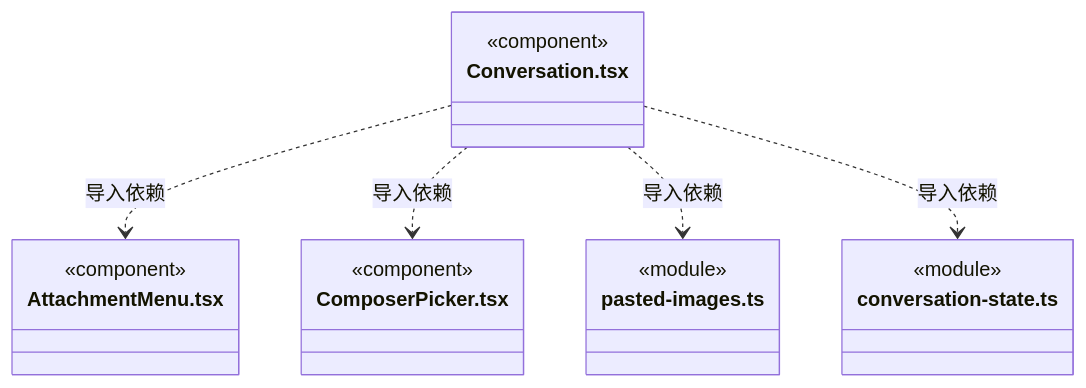
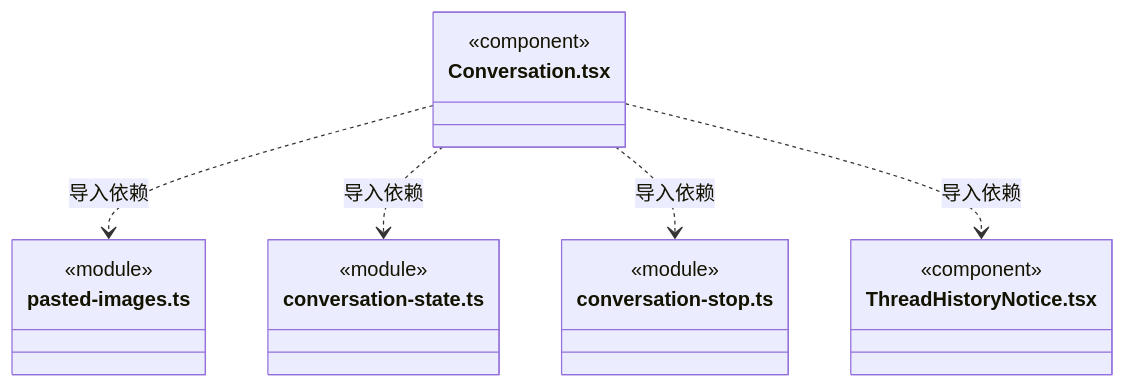
Before and after one commit to nan023062/cbim: diagram 45 of 51 in src/view/conversation/ARCHITECTURE.md, drawn with Mermaid. The commit also changed other lines of this file and 87 other files, not shown here.

````diff
--- a/src/view/conversation/ARCHITECTURE.md
+++ b/src/view/conversation/ARCHITECTURE.md
@@ -692,22 +692,22 @@
 ```mermaid
 classDiagram
 class N_src_view_conversation_Conversation_tsx["Conversation.tsx"] {
-  <<component>>
-}
-class N_src_view_conversation_AttachmentMenu_tsx["AttachmentMenu.tsx"] {
-  <<component>>
-}
-class N_src_view_conversation_ComposerPicker_tsx["ComposerPicker.tsx"] {
   <<component>>
 }
 class N_src_view_conversation_pasted_images_ts["pasted-images.ts"] {
   <<module>>
 }
 class N_src_view_conversation_conversation_state_ts["conversation-state.ts"] {
   <<module>>
 }
-N_src_view_conversation_Conversation_tsx ..> N_src_view_conversation_AttachmentMenu_tsx : 导入依赖
-N_src_view_conversation_Conversation_tsx ..> N_src_view_conversation_ComposerPicker_tsx : 导入依赖
+class N_src_view_conversation_conversation_stop_ts["conversation-stop.ts"] {
+  <<module>>
+}
+class N_src_view_conversation_ThreadHistoryNotice_tsx["ThreadHistoryNotice.tsx"] {
+  <<component>>
+}
 N_src_view_conversation_Conversation_tsx ..> N_src_view_conversation_pasted_images_ts : 导入依赖
 N_src_view_conversation_Conversation_tsx ..> N_src_view_conversation_conversation_state_ts : 导入依赖
+N_src_view_conversation_Conversation_tsx ..> N_src_view_conversation_conversation_stop_ts : 导入依赖
+N_src_view_conversation_Conversation_tsx ..> N_src_view_conversation_ThreadHistoryNotice_tsx : 导入依赖
 ```
````
